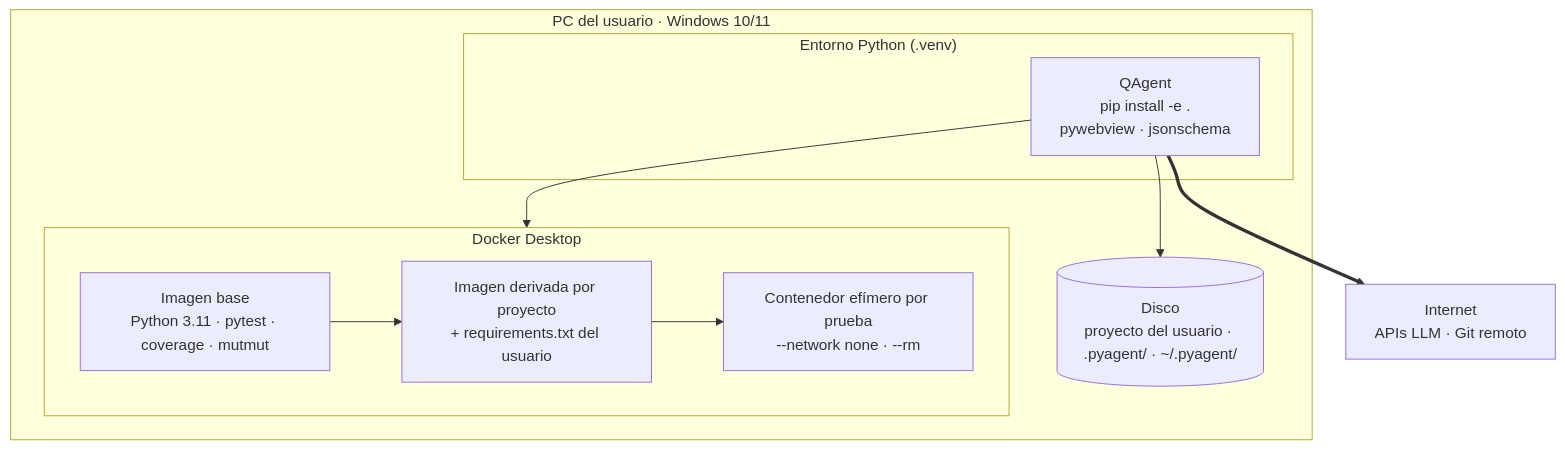
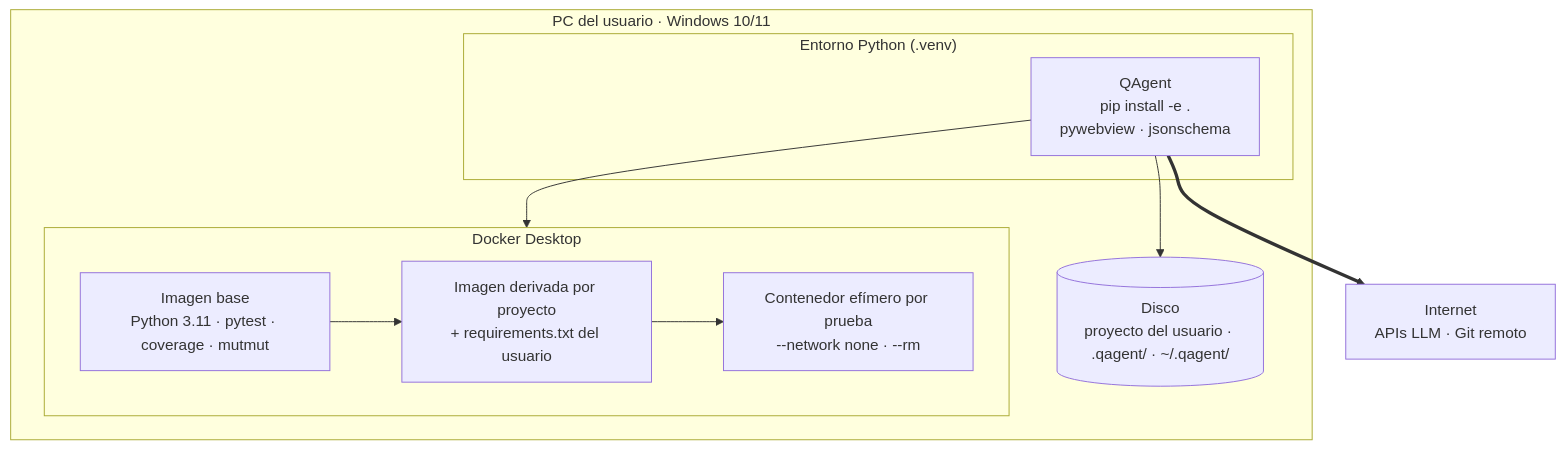
The tenth of 11 diagrams in docs/arquitectura.md (AngelOncoy/QAgent), drawn with Mermaid before and after one commit. The commit also changed other lines of this file and 6 other files, not shown here.

````diff
--- a/docs/arquitectura.md
+++ b/docs/arquitectura.md
@@ -524,20 +524,20 @@
 ```mermaid
 flowchart TB
     subgraph WIN["PC del usuario · Windows 10/11"]
         subgraph VENV["Entorno Python (.venv)"]
             QA["QAgent<br/>pip install -e .<br/>pywebview · jsonschema"]
         end
         subgraph DD["Docker Desktop"]
             IMG["Imagen base<br/>Python 3.11 · pytest · coverage · mutmut"]
             IMGP["Imagen derivada por proyecto<br/>+ requirements.txt del usuario"]
             CT["Contenedor efímero por prueba<br/>--network none · --rm"]
             IMG --> IMGP --> CT
         end
-        FS[("Disco<br/>proyecto del usuario · .pyagent/ · ~/.pyagent/")]
+        FS[("Disco<br/>proyecto del usuario · .qagent/ · ~/.qagent/")]
     end
     NET["Internet<br/>APIs LLM · Git remoto"]
 
     QA --> DD
     QA --> FS
     QA ==> NET
 ```
````
